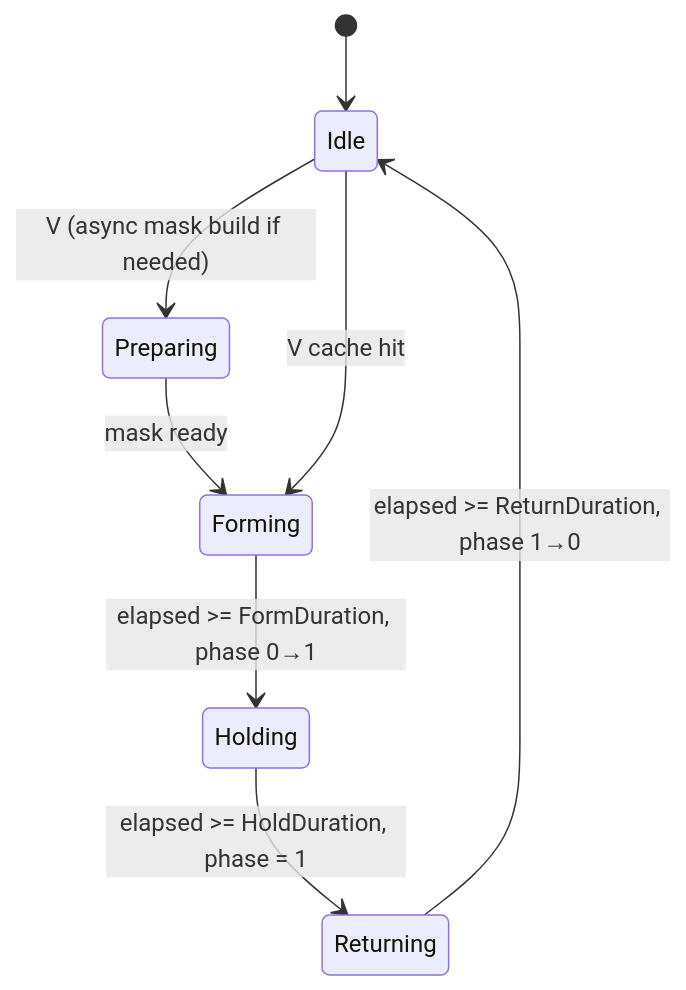
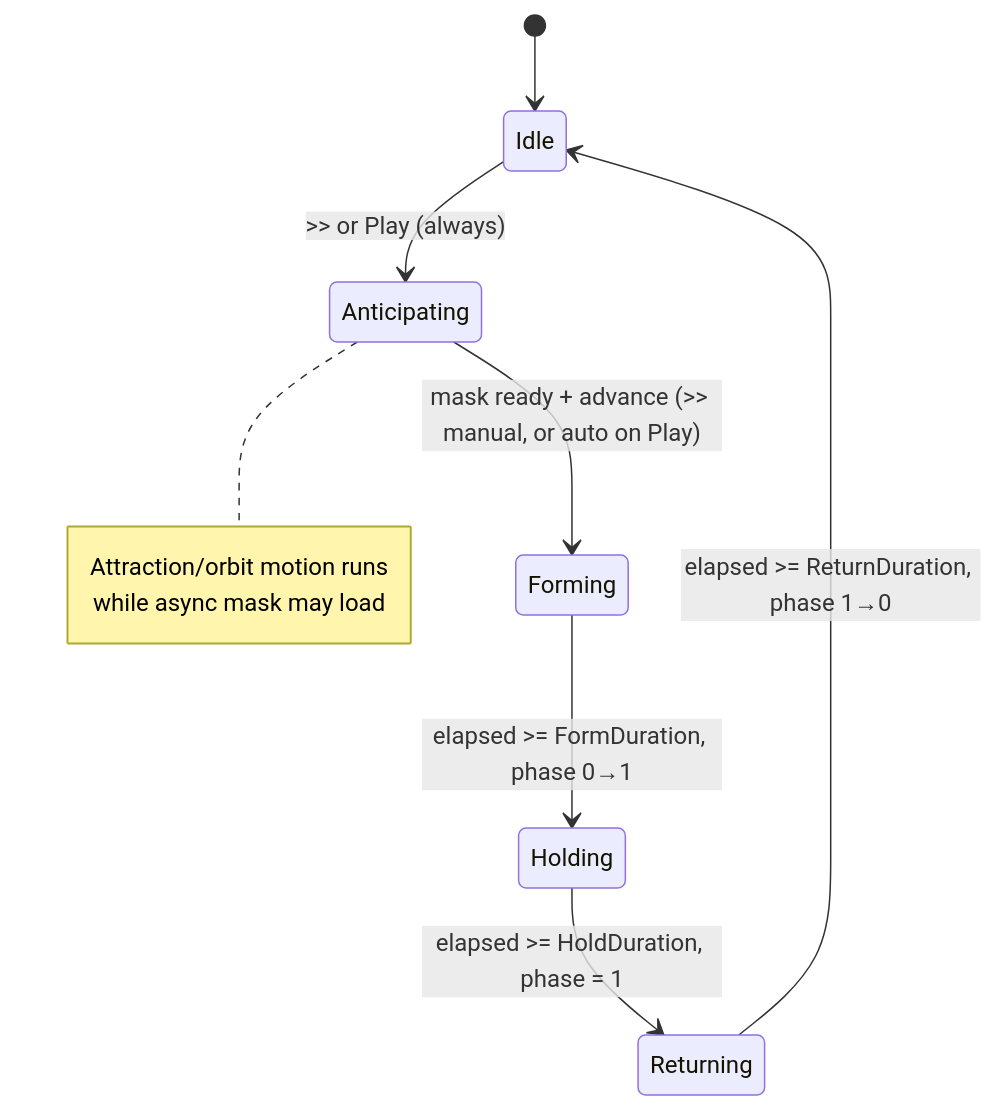
One commit to vecnode/metaagent-ue5-plugin changed the tenth of 14 diagrams in README.md. Above: the diagram before and after it, drawn with Mermaid. The commit also changed other lines of this file, not shown here.

````diff
--- a/README.md
+++ b/README.md
@@ -763,11 +763,14 @@
 ```mermaid
 stateDiagram-v2
     [*] --> Idle
-    Idle --> Preparing: V (async mask build if needed)
-    Preparing --> Forming: mask ready
-    Idle --> Forming: V cache hit
+    Idle --> Anticipating: >> or Play (always)
+    Anticipating --> Forming: mask ready + advance (>> manual, or auto on Play)
     Forming --> Holding: elapsed >= FormDuration, phase 0→1
     Holding --> Returning: elapsed >= HoldDuration, phase = 1
     Returning --> Idle: elapsed >= ReturnDuration, phase 1→0
+    note right of Anticipating
+        Attraction/orbit motion runs
+        while async mask may load
+    end note
 
 ```
````
